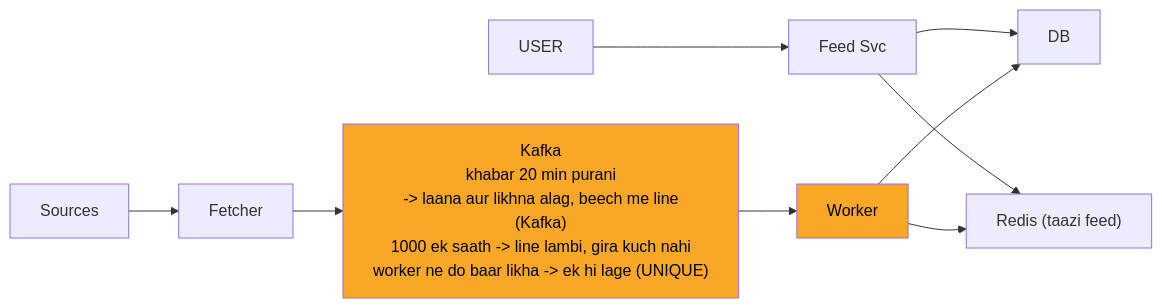
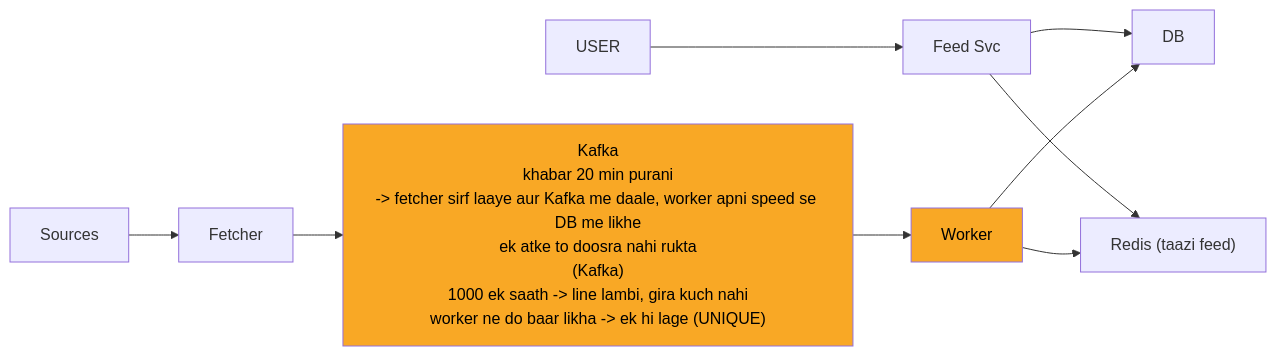
One commit to ArpanMaheshwari144/Prep changed the third of 11 diagrams in 04_HLD/SYSTEM_DESIGNS/08_news_aggregator/08_news_aggregator_INTERVIEW.md. Above: the diagram before and after it, drawn with Mermaid. The commit also changed other lines of this file and 13 other files, not shown here.

````diff
--- a/04_HLD/SYSTEM_DESIGNS/08_news_aggregator/08_news_aggregator_INTERVIEW.md
+++ b/04_HLD/SYSTEM_DESIGNS/08_news_aggregator/08_news_aggregator_INTERVIEW.md
@@ -118,22 +118,22 @@
 ```mermaid
 %%{init: {"flowchart": {"wrappingWidth": 450}}}%%
 flowchart LR
     n_USER["USER"]
     n_Feed_Svc["Feed Svc"]
     n_Redis["Redis (taazi feed)"]
     n_DB["DB"]
     n_Worker["Worker"]
-    n_Kafka["Kafka<br/>khabar 20 min purani<br/>-> laana aur likhna alag, beech me line<br/>(Kafka)<br/>1000 ek saath -> line lambi, gira kuch nahi<br/>worker ne do baar likha -> ek hi lage (UNIQUE)"]
+    n_Kafka["Kafka<br/>khabar 20 min purani<br/>-> fetcher sirf laaye aur Kafka me daale, worker apni speed se DB me likhe<br/>ek atke to doosra nahi rukta<br/>(Kafka)<br/>1000 ek saath -> line lambi, gira kuch nahi<br/>worker ne do baar likha -> ek hi lage (UNIQUE)"]
     n_Fetcher["Fetcher"]
     n_Sources["Sources"]
     n_USER --> n_Feed_Svc
     n_Feed_Svc --> n_Redis
     n_Feed_Svc --> n_DB
     n_Worker --> n_DB
     n_Worker --> n_Redis
     n_Kafka --> n_Worker
     n_Fetcher --> n_Kafka
     n_Sources --> n_Fetcher
     style n_Kafka fill:#f9a825,color:#000
     style n_Worker fill:#f9a825,color:#000
 ```
````
